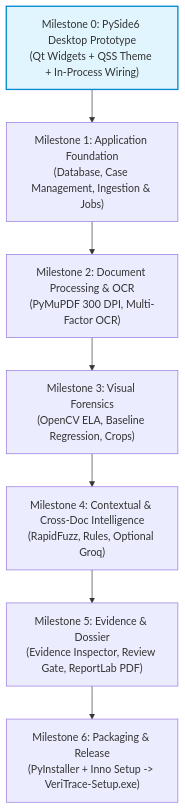
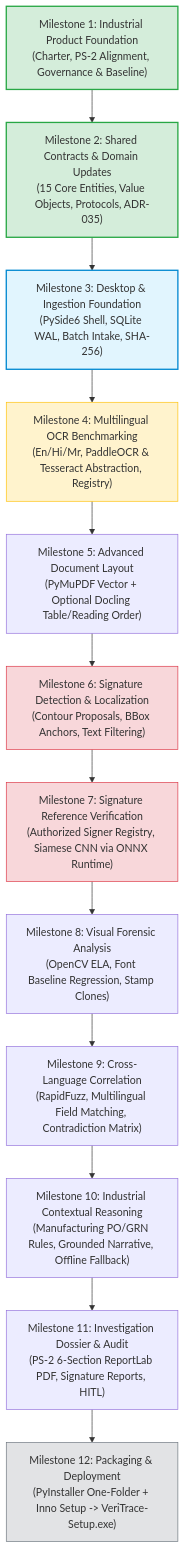
Before and after one commit to rajas2007/VeriTrace: the diagram in dev/10_IMPLEMENTATION_ROADMAP.md, drawn with Mermaid. The commit also changed other lines of this file and 113 other files, not shown here.

First line of the commit message:
feat(foundation): implement Milestone 1.1 domain foundation and Milestone 1.2A persistence infrastructure

````diff
--- a/dev/10_IMPLEMENTATION_ROADMAP.md
+++ b/dev/10_IMPLEMENTATION_ROADMAP.md
@@ -11,11 +10,22 @@
 ```mermaid
 flowchart TD
-    M0["Milestone 0: PySide6 Desktop Prototype<br/>(Qt Widgets + QSS Theme + In-Process Wiring)"] --> M1["Milestone 1: Application Foundation<br/>(Database, Case Management, Ingestion & Jobs)"]
-    M1 --> M2["Milestone 2: Document Processing & OCR<br/>(PyMuPDF 300 DPI, Multi-Factor OCR)"]
-    M2 --> M3["Milestone 3: Visual Forensics<br/>(OpenCV ELA, Baseline Regression, Crops)"]
-    M3 --> M4["Milestone 4: Contextual & Cross-Doc Intelligence<br/>(RapidFuzz, Rules, Optional Groq)"]
-    M4 --> M5["Milestone 5: Evidence & Dossier<br/>(Evidence Inspector, Review Gate, ReportLab PDF)"]
-    M5 --> M6["Milestone 6: Packaging & Release<br/>(PyInstaller + Inno Setup -> VeriTrace-Setup.exe)"]
+    M01["Milestone 1: Industrial Product Foundation<br/>(Charter, PS-2 Alignment, Governance & Baseline)"] --> M02["Milestone 2: Shared Contracts & Domain Updates<br/>(15 Core Entities, Value Objects, Protocols, ADR-035)"]
+    M02 --> M03["Milestone 3: Desktop & Ingestion Foundation<br/>(PySide6 Shell, SQLite WAL, Batch Intake, SHA-256)"]
+    M03 --> M04["Milestone 4: Multilingual OCR Benchmarking<br/>(En/Hi/Mr, PaddleOCR & Tesseract Abstraction, Registry)"]
+    M04 --> M05["Milestone 5: Advanced Document Layout<br/>(PyMuPDF Vector + Optional Docling Table/Reading Order)"]
+    M05 --> M06["Milestone 6: Signature Detection & Localization<br/>(Contour Proposals, BBox Anchors, Text Filtering)"]
+    M06 --> M07["Milestone 7: Signature Reference Verification<br/>(Authorized Signer Registry, Siamese CNN via ONNX Runtime)"]
+    M07 --> M08["Milestone 8: Visual Forensic Analysis<br/>(OpenCV ELA, Font Baseline Regression, Stamp Clones)"]
+    M08 --> M09["Milestone 9: Cross-Language Correlation<br/>(RapidFuzz, Multilingual Field Matching, Contradiction Matrix)"]
+    M09 --> M10["Milestone 10: Industrial Contextual Reasoning<br/>(Manufacturing PO/GRN Rules, Grounded Narrative, Offline Fallback)"]
+    M10 --> M11["Milestone 11: Investigation Dossier & Audit<br/>(PS-2 6-Section ReportLab PDF, Signature Reports, HITL)"]
+    M11 --> M12["Milestone 12: Packaging & Deployment<br/>(PyInstaller One-Folder + Inno Setup -> VeriTrace-Setup.exe)"]
 
-    style M0 fill:#e1f5fe,stroke:#0288d1,stroke-width:2px
+    style M01 fill:#d4edda,stroke:#28a745,stroke-width:2px
+    style M02 fill:#d4edda,stroke:#28a745,stroke-width:2px
+    style M03 fill:#e1f5fe,stroke:#0288d1,stroke-width:2px
+    style M04 fill:#fff3cd,stroke:#ffc107,stroke-width:1px
+    style M06 fill:#f8d7da,stroke:#dc3545,stroke-width:1px
+    style M07 fill:#f8d7da,stroke:#dc3545,stroke-width:1px
+    style M12 fill:#e2e3e5,stroke:#6c757d,stroke-width:1px
 ```
````
